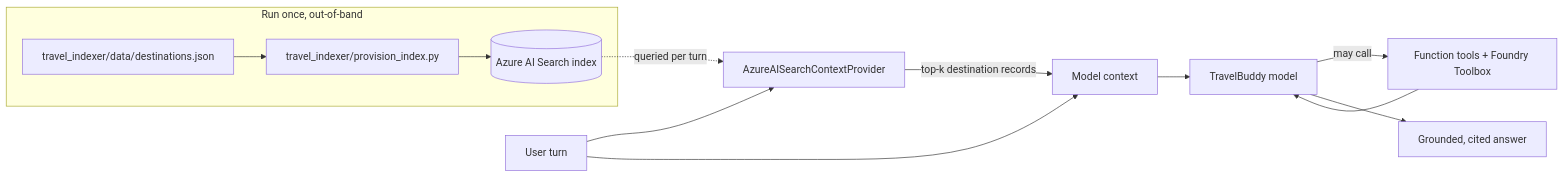
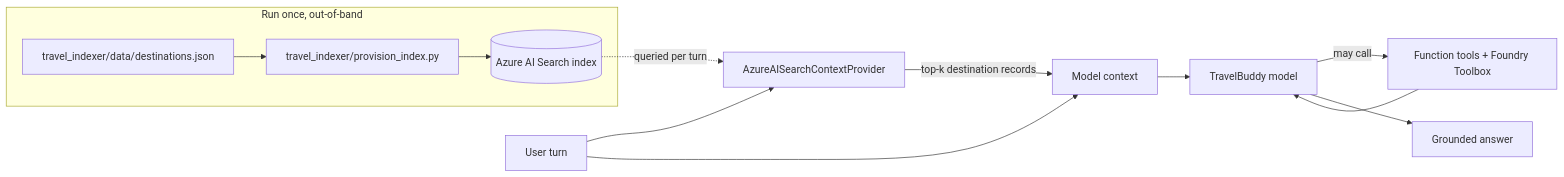
Before and after one commit to Azure-Samples/foundry-hosted-agents-workshop: the diagram in .workshop/docs/steps/05-rag.md, drawn with Mermaid. The commit also changed other lines of this file and 1 other file, not shown here.

````diff
--- a/.workshop/docs/steps/05-rag.md
+++ b/.workshop/docs/steps/05-rag.md
@@ -68,14 +74,14 @@
 ```mermaid
 flowchart LR
     U[User turn] --> CP[AzureAISearchContextProvider]
     CP -->|top-k destination records| CTX[Model context]
     U --> CTX
     CTX --> M[TravelBuddy model]
     M -->|may call| T[Function tools + Foundry Toolbox]
     T --> M
-    M --> R[Grounded, cited answer]
+    M --> R[Grounded answer]
     subgraph offline [Run once, out-of-band]
       DJ[travel_indexer/data/destinations.json] --> PI[travel_indexer/provision_index.py] --> IDX[(Azure AI Search index)]
     end
     IDX -. queried per turn .-> CP
 ```
````
